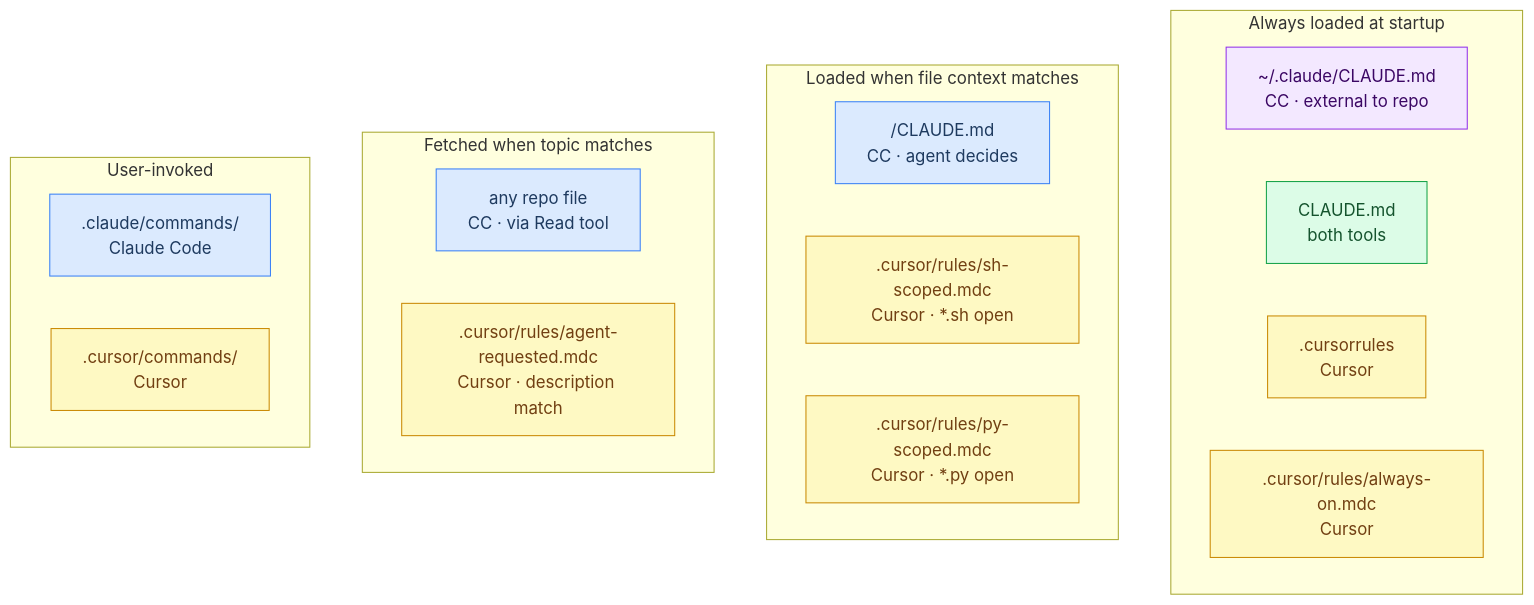
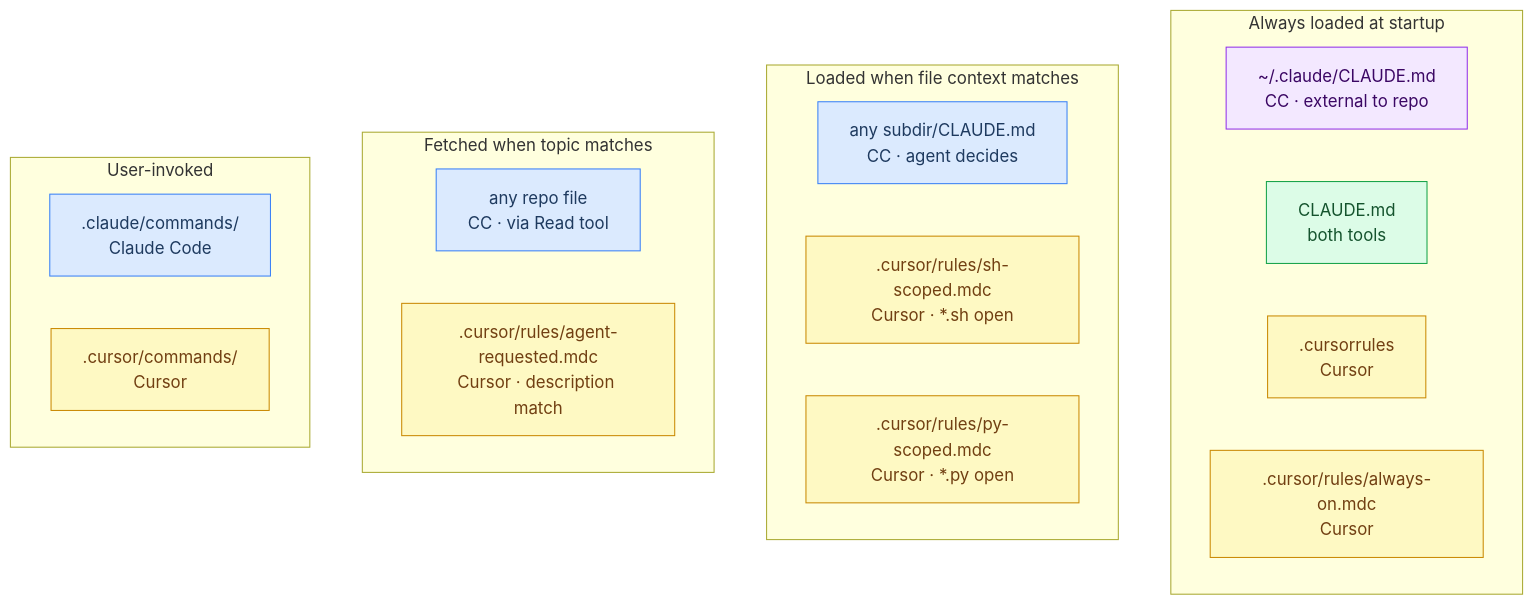
The diagram in README.md (christopher-beckham/cursor-claude-smoke-test), drawn with Mermaid before and after one commit.

Commit message:
fix bug in diagram

````diff
--- a/README.md
+++ b/README.md
@@ -80,34 +80,34 @@
 ```mermaid
 flowchart TB
     classDef cc fill:#dbeafe,stroke:#3b82f6,color:#1e3a5f
     classDef cursor fill:#fef9c3,stroke:#ca8a04,color:#713f12
     classDef shared fill:#dcfce7,stroke:#16a34a,color:#14532d
     classDef external fill:#f3e8ff,stroke:#9333ea,color:#3b0764
 
     subgraph T1["Always loaded at startup"]
         direction LR
         A1["~/.claude/CLAUDE.md\nCC · external to repo"]:::external
         A2["CLAUDE.md\nboth tools"]:::shared
         A3[".cursorrules\nCursor"]:::cursor
         A4[".cursor/rules/always-on.mdc\nCursor"]:::cursor
     end
 
     subgraph T2["Loaded when file context matches"]
         direction LR
-        B1["<subdir>/CLAUDE.md\nCC · agent decides"]:::cc
+        B1["any subdir/CLAUDE.md\nCC · agent decides"]:::cc
         B2[".cursor/rules/sh-scoped.mdc\nCursor · *.sh open"]:::cursor
         B3[".cursor/rules/py-scoped.mdc\nCursor · *.py open"]:::cursor
     end
 
     subgraph T3["Fetched when topic matches"]
         direction LR
         C1["any repo file\nCC · via Read tool"]:::cc
         C2[".cursor/rules/agent-requested.mdc\nCursor · description match"]:::cursor
     end
 
     subgraph T4["User-invoked"]
         direction LR
         D1[".claude/commands/\nClaude Code"]:::cc
         D2[".cursor/commands/\nCursor"]:::cursor
     end
 ```
````
